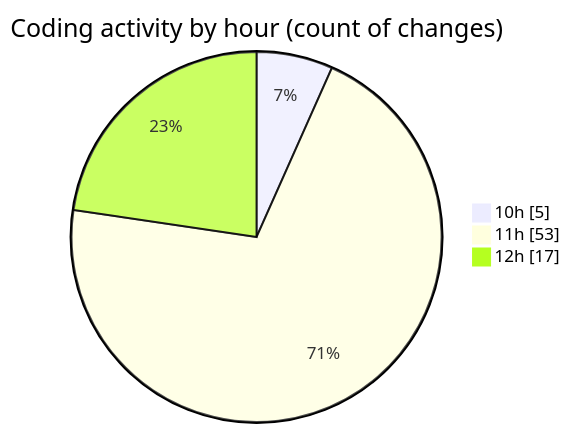
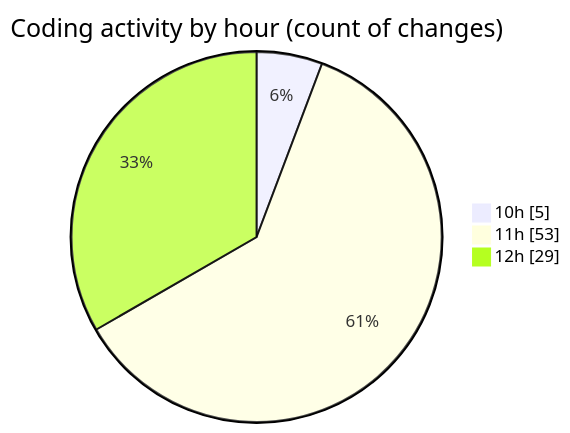
The second of 2 diagrams in 2025-06-17/cda/README.md (momahboobian/code-tracking), drawn with Mermaid before and after one commit. The commit also changed other lines of this file and 1 other file, not shown here.

````diff
--- a/2025-06-17/cda/README.md
+++ b/2025-06-17/cda/README.md
@@ -32,7 +32,7 @@
 ```mermaid
 pie showData
 title Coding activity by hour (count of changes)
 "10h" : 5
 "11h" : 53
-"12h" : 17
+"12h" : 29
 ```
````
